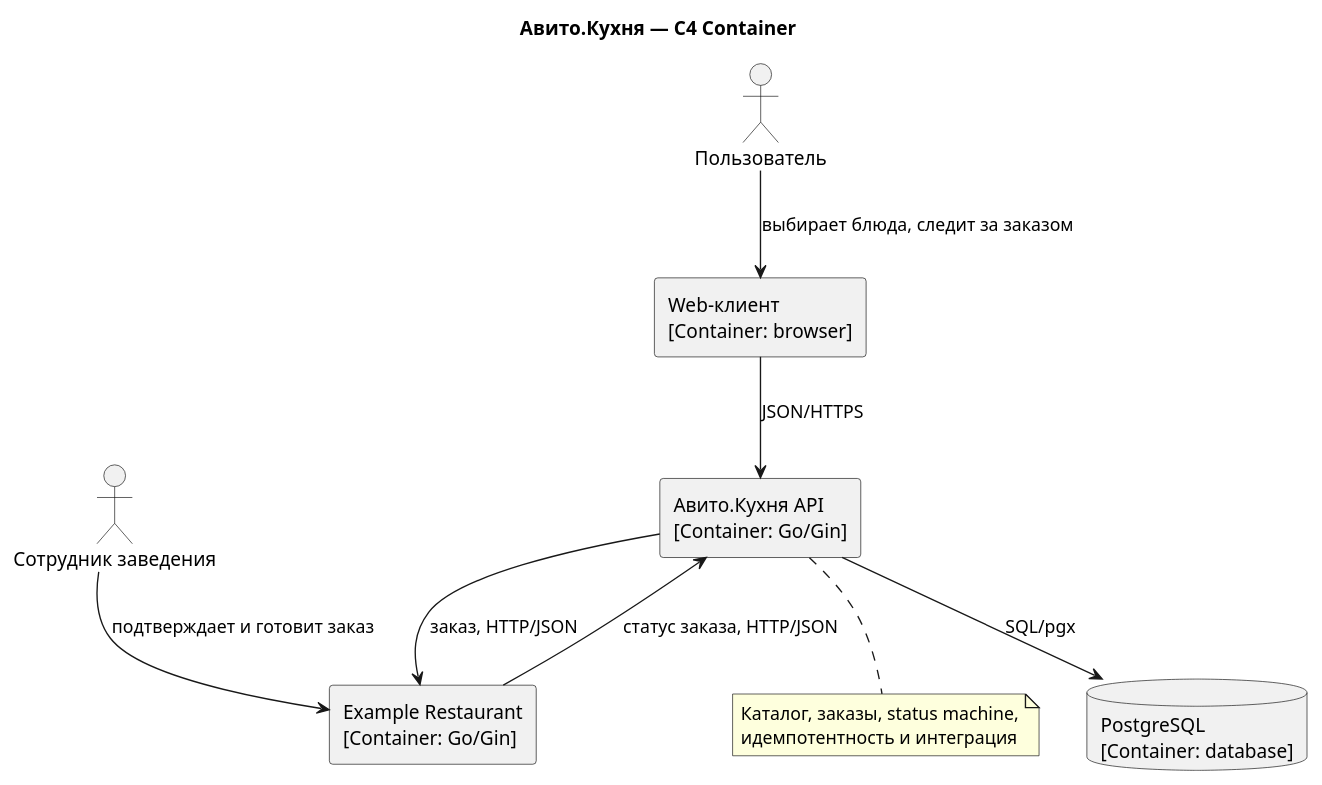
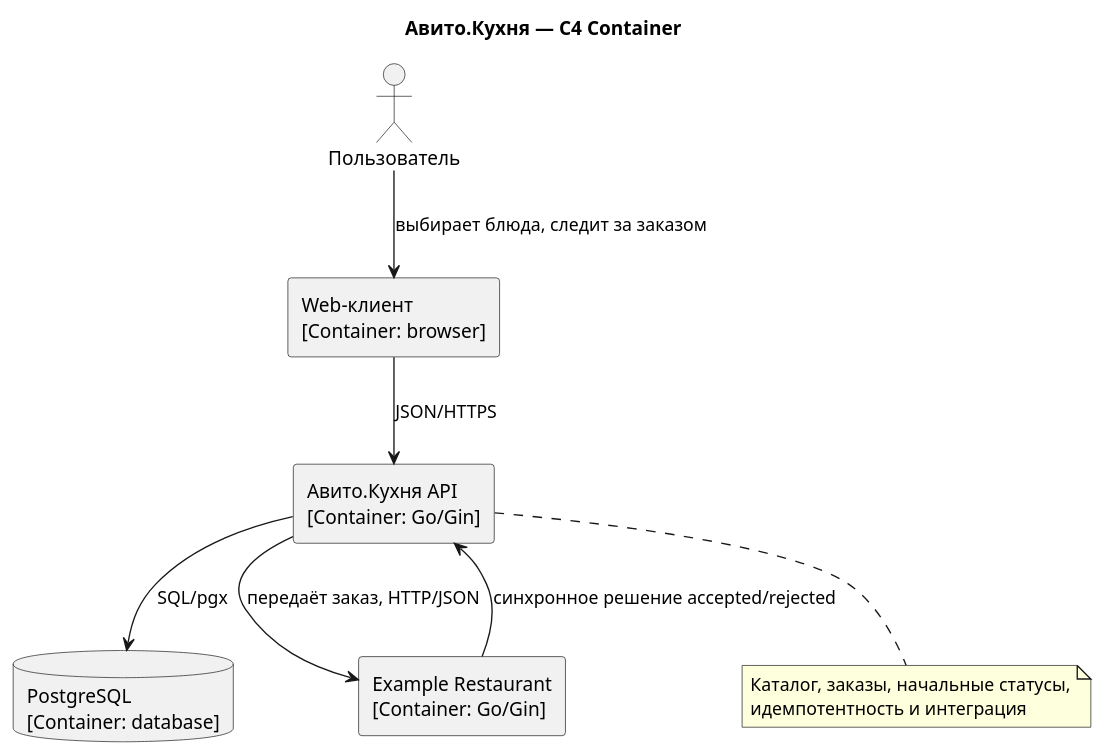
Before and after one commit to Waydss/kitchen: the diagram in docs/c4-container.puml, drawn with PlantUML. The commit also changed 29 other files, not shown here.

```diff
--- a/docs/c4-container.puml
+++ b/docs/c4-container.puml
@@ -1,23 +1,21 @@
 @startuml
 title Авито.Кухня — C4 Container
 skinparam componentStyle rectangle
 
 actor "Пользователь" as user
-actor "Сотрудник заведения" as staff
 rectangle "Web-клиент\n[Container: browser]" as web
 rectangle "Авито.Кухня API\n[Container: Go/Gin]" as api
 database "PostgreSQL\n[Container: database]" as db
 rectangle "Example Restaurant\n[Container: Go/Gin]" as restaurant
 
 user --> web : выбирает блюда, следит за заказом
 web --> api : JSON/HTTPS
 api --> db : SQL/pgx
-api --> restaurant : заказ, HTTP/JSON
-restaurant --> api : статус заказа, HTTP/JSON
-staff --> restaurant : подтверждает и готовит заказ
+api --> restaurant : передаёт заказ, HTTP/JSON
+restaurant --> api : синхронное решение accepted/rejected
 
 note bottom of api
-  Каталог, заказы, status machine,
+  Каталог, заказы, начальные статусы,
   идемпотентность и интеграция
 end note
 @enduml
```
